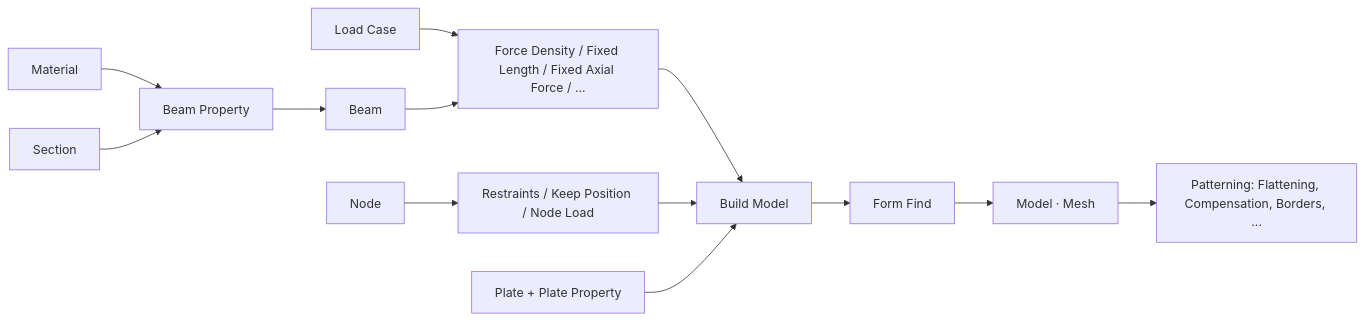
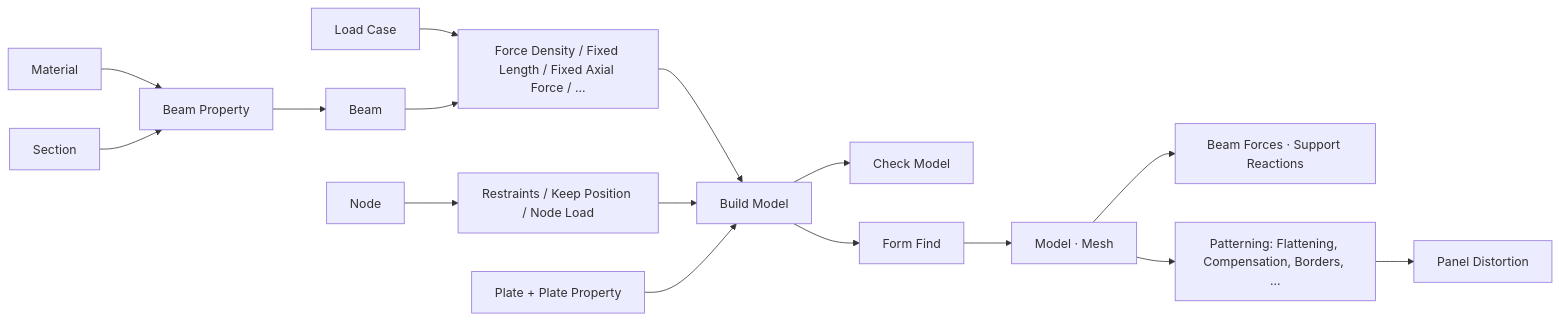
Before and after one commit to ITEC-GPA/Arachne: the diagram in README.md, drawn with Mermaid. The commit also changed other lines of this file and 70 other files, not shown here.

````diff
--- a/README.md
+++ b/README.md
@@ -27,15 +27,18 @@
 ```mermaid
 flowchart LR
   MAT[Material] --> BP[Beam Property]
   SEC[Section] --> BP
   BP --> B[Beam]
   LC[Load Case] --> FD
   B --> FD[Force Density / Fixed Length / Fixed Axial Force / ...]
   N[Node] --> R[Restraints / Keep Position / Node Load]
   FD --> BM[Build Model]
   R --> BM
   PL[Plate + Plate Property] --> BM
+  BM --> CK[Check Model]
   BM --> FF[Form Find]
   FF --> OUT[Model · Mesh]
+  OUT --> RES[Beam Forces · Support Reactions]
   OUT --> PAT[Patterning: Flattening, Compensation, Borders, ...]
+  PAT --> PD[Panel Distortion]
 ```
````
